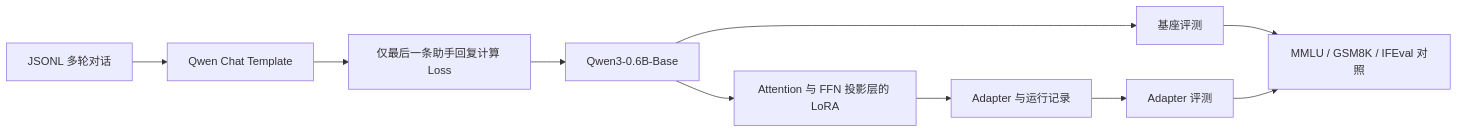
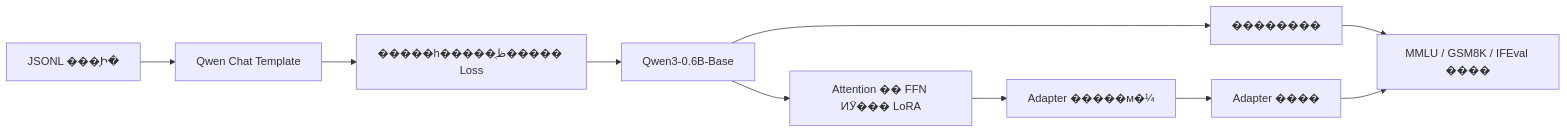
The diagram in README.md (qinzhong631-ux/-qwen3-0.6b-lora-sft), drawn with Mermaid before and after one commit. The commit also changed other lines of this file and 15 other files, not shown here.

````diff
--- a/README.md
+++ b/README.md
@@ -19,12 +19,12 @@
 ```mermaid
 flowchart LR
-    A[JSONL 多轮对话] --> B[Qwen Chat Template]
-    B --> C[仅最后一条助手回复计算 Loss]
+    A[JSONL ���ֶԻ�] --> B[Qwen Chat Template]
+    B --> C[�����һ�����ֻظ����� Loss]
     C --> D[Qwen3-0.6B-Base]
-    D --> E[Attention 与 FFN 投影层的 LoRA]
-    E --> F[Adapter 与运行记录]
-    D --> G[基座评测]
-    F --> H[Adapter 评测]
-    G --> I[MMLU / GSM8K / IFEval 对照]
+    D --> E[Attention �� FFN ͶӰ��� LoRA]
+    E --> F[Adapter �����м�¼]
+    D --> G[��������]
+    F --> H[Adapter ����]
+    G --> I[MMLU / GSM8K / IFEval ����]
     H --> I
 ```
````
